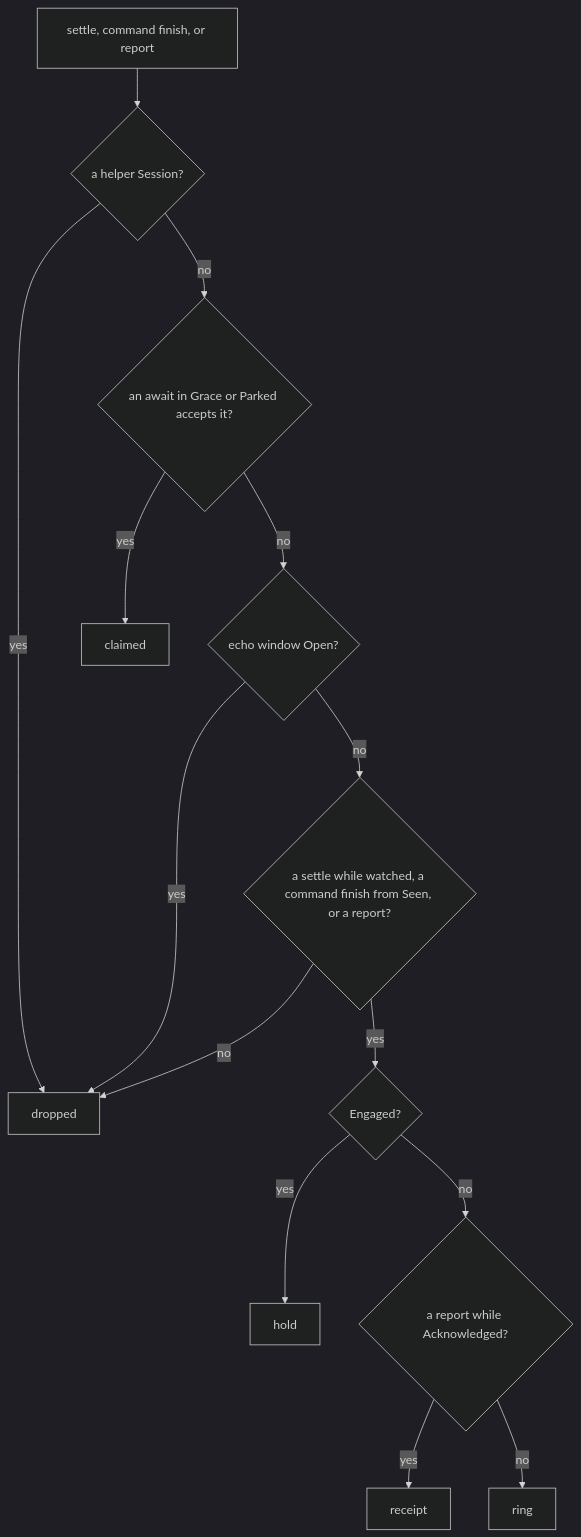
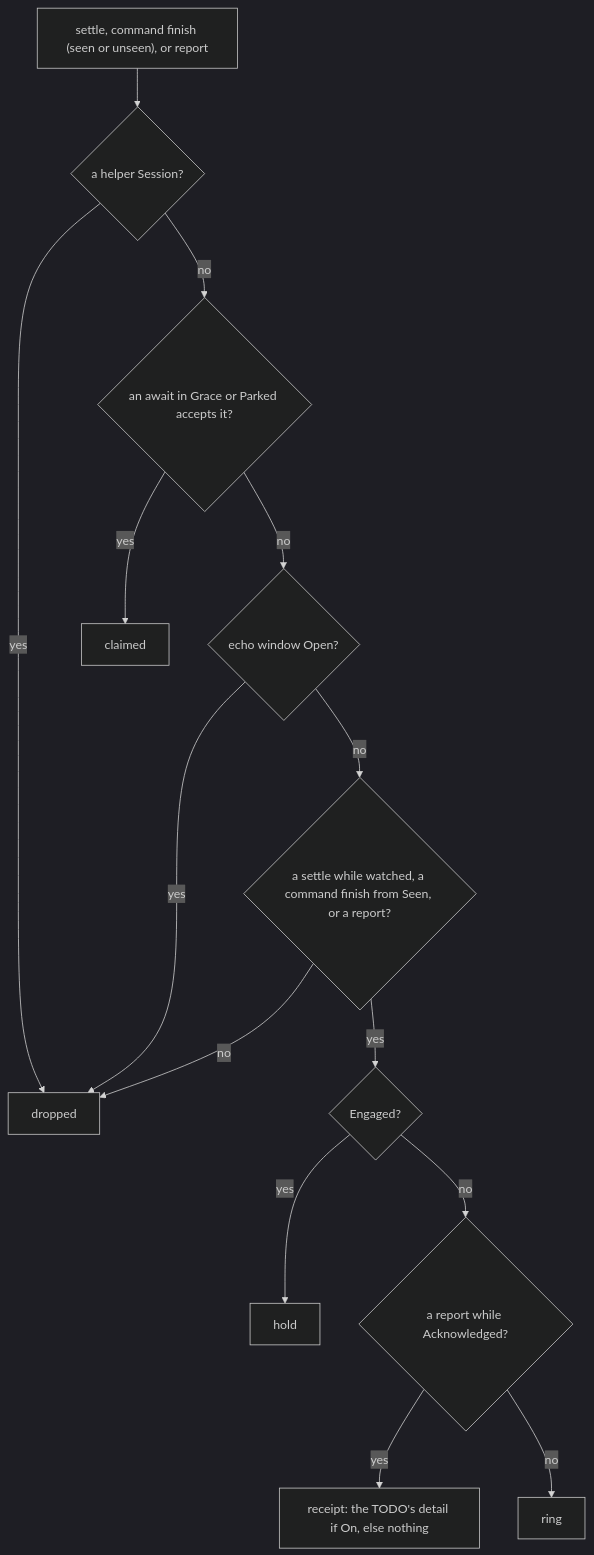
Before and after one commit to diffplug/dormouse: the second of 16 diagrams in docs/specs/alert.md, drawn with Mermaid (dark theme). The commit also changed other lines of this file and 2 other files, not shown here.

````diff
--- a/docs/specs/alert.md
+++ b/docs/specs/alert.md
@@ -130,16 +132,16 @@
 ```mermaid
 flowchart TD
-  C["settle, command finish, or report"] --> H{"a helper Session?"}
+  C["settle, command finish (seen or unseen), or report"] --> H{"a helper Session?"}
   H -- yes --> X["dropped"]
   H -- no --> A{"an await in Grace or Parked accepts it?"}
   A -- yes --> W["claimed"]
   A -- no --> E{"echo window Open?"}
   E -- yes --> X
   E -- no --> R{"a settle while watched, a command finish from Seen, or a report?"}
   R -- no --> X
   R -- yes --> G{"Engaged?"}
   G -- yes --> HD["hold"]
   G -- no --> K{"a report while Acknowledged?"}
-  K -- yes --> T["receipt"]
+  K -- yes --> T["receipt: the TODO's detail if On, else nothing"]
   K -- no --> RG["ring"]
 ```
````
